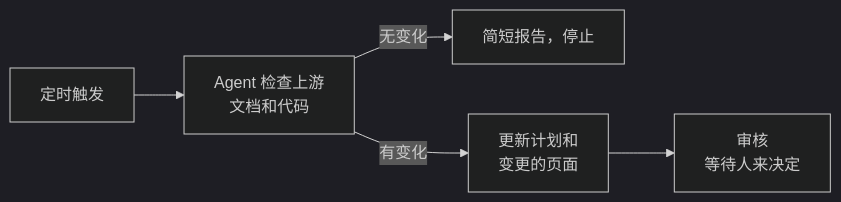
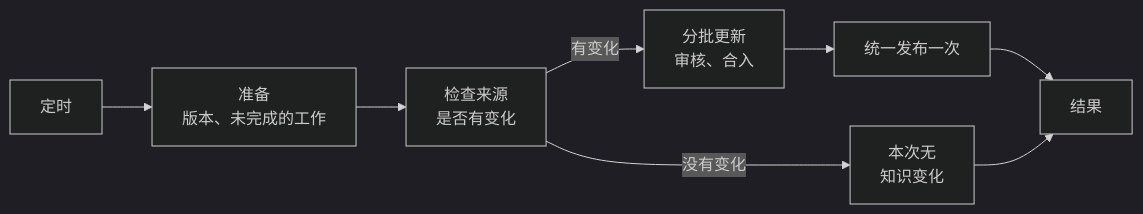
Before and after one commit to context4ai/portal: the diagram in translations/zh-CN/sop/updates-and-versions/scheduled-updates.md, drawn with Mermaid (dark theme). The commit also changed other lines of this file and 39 other files, not shown here.

````diff
--- a/translations/zh-CN/sop/updates-and-versions/scheduled-updates.md
+++ b/translations/zh-CN/sop/updates-and-versions/scheduled-updates.md
@@ -16,7 +22,10 @@
 ```mermaid
 flowchart LR
-  timer["定时触发"] --> check["Agent 检查上游<br/>文档和代码"]
-  check -->|无变化| report["简短报告，停止"]
-  check -->|有变化| upd["更新计划和<br/>变更的页面"]
-  upd --> review["审核<br/>等待人来决定"]
+  timer["定时"] --> prep["准备<br/>版本、未完成的工作"]
+  prep --> check["检查来源<br/>是否有变化"]
+  check -->|没有变化| none["本次无<br/>知识变化"]
+  check -->|有变化| batch["分批更新<br/>审核、合入"]
+  batch --> pub["统一发布一次"]
+  pub --> result["结果"]
+  none --> result
 ```
````
